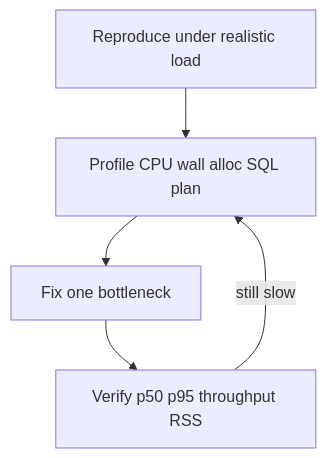
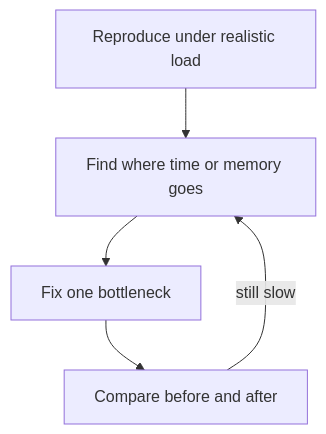
The diagram in docs/concepts/memory-and-performance.md (shemaiahCox/career-playbook), drawn with Mermaid before and after one commit. The commit also changed other lines of this file and 21 other files, not shown here.

````diff
--- a/docs/concepts/memory-and-performance.md
+++ b/docs/concepts/memory-and-performance.md
@@ -63,9 +55,9 @@
 ```mermaid
 flowchart TD
   Reproduce[Reproduce under realistic load]
-  Profile[Profile CPU wall alloc SQL plan]
+  Profile[Find where time or memory goes]
   Fix[Fix one bottleneck]
-  Verify[Verify p50 p95 throughput RSS]
+  Verify[Compare before and after]
   Reproduce --> Profile --> Fix --> Verify
   Verify -->|still slow| Profile
 ```
````
